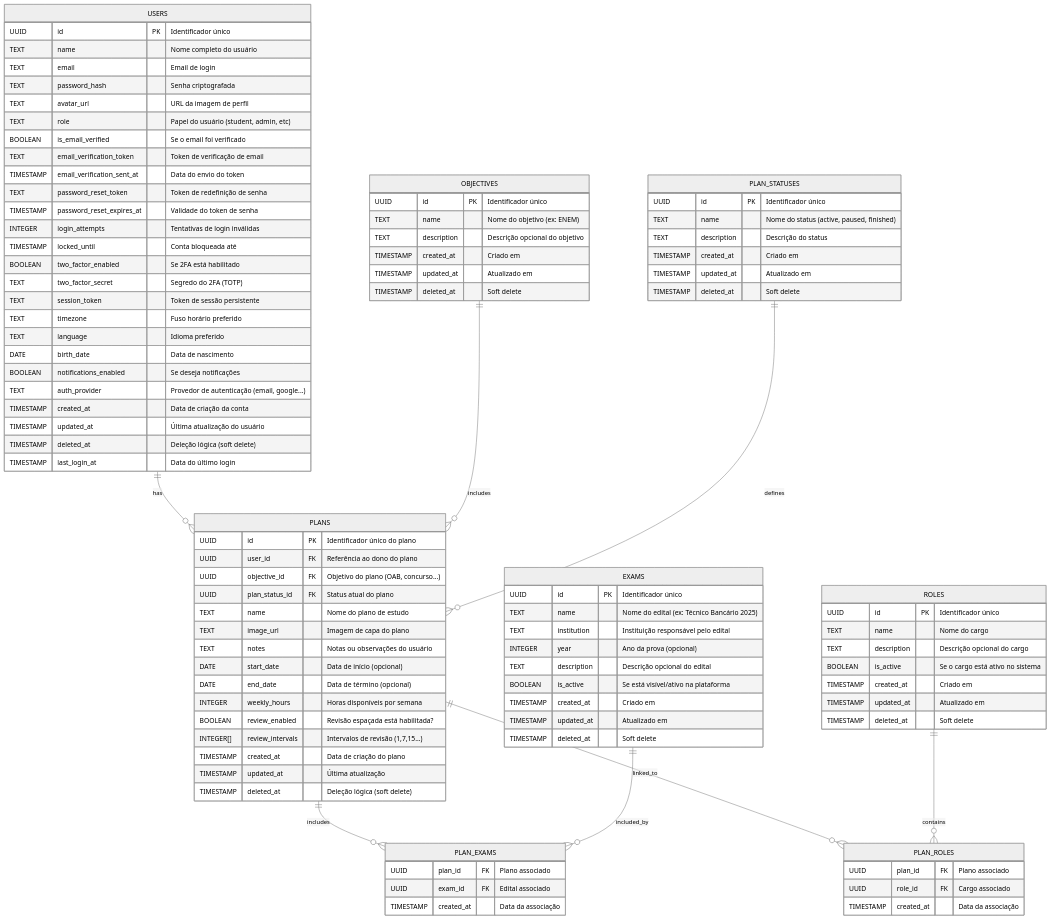
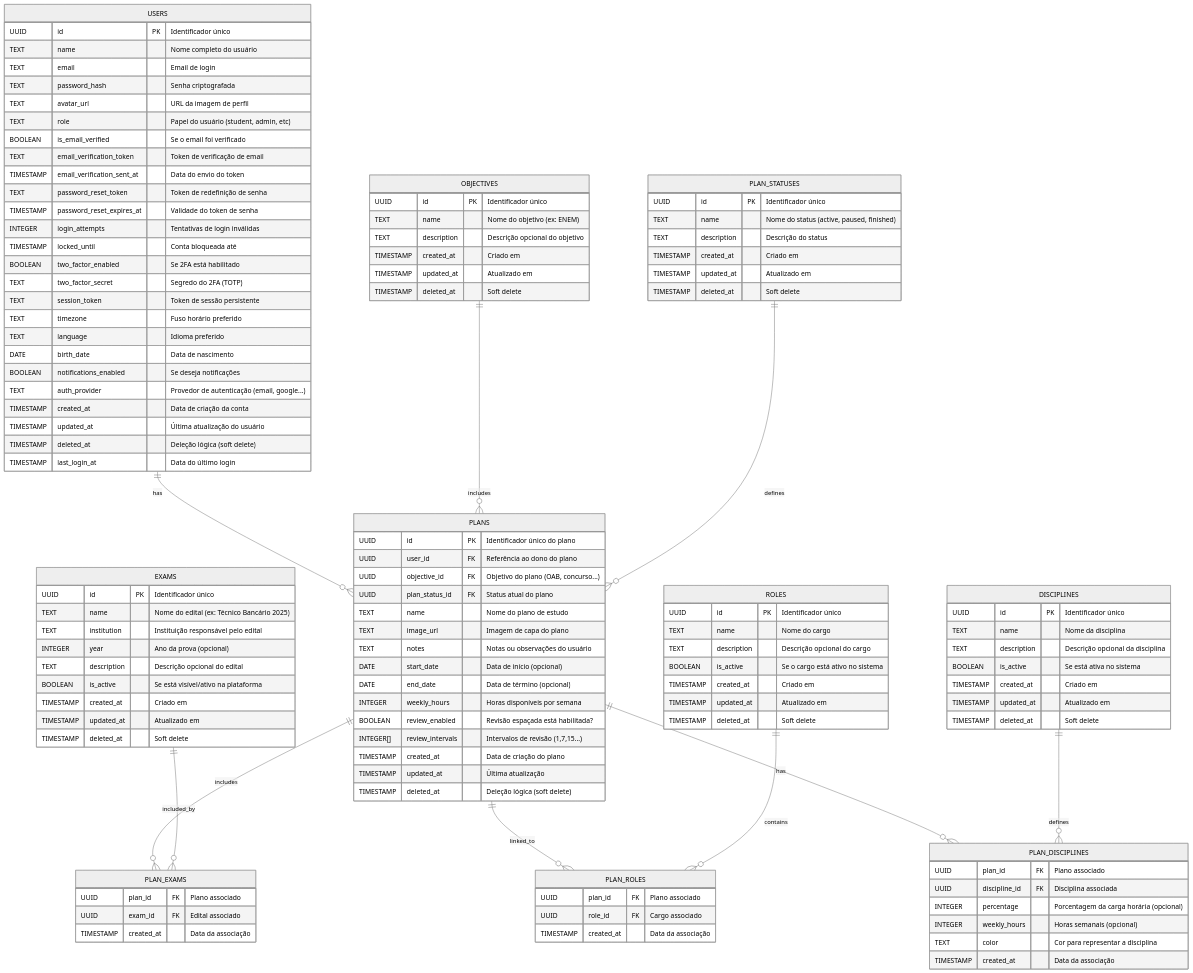
The diagram in README.md (felipesantoos/oestudador), drawn with Mermaid (neutral theme) before and after one commit.

Commit message:
Add DISCIPLINES and PLAN_DISCIPLINES

````diff
--- a/README.md
+++ b/README.md
@@ -7,6 +7,8 @@
     EXAMS ||--o{ PLAN_EXAMS : included_by
     PLANS ||--o{ PLAN_ROLES : linked_to
     ROLES ||--o{ PLAN_ROLES : contains
+    PLANS ||--o{ PLAN_DISCIPLINES : has
+    DISCIPLINES ||--o{ PLAN_DISCIPLINES : defines
 
     USERS {
         UUID id PK "Identificador único"
@@ -105,4 +107,23 @@
         UUID role_id FK "Cargo associado"
         TIMESTAMP created_at "Data da associação"
     }
+
+    DISCIPLINES {
+        UUID id PK "Identificador único"
+        TEXT name "Nome da disciplina"
+        TEXT description "Descrição opcional da disciplina"
+        BOOLEAN is_active "Se está ativa no sistema"
+        TIMESTAMP created_at "Criado em"
+        TIMESTAMP updated_at "Atualizado em"
+        TIMESTAMP deleted_at "Soft delete"
+    }
+
+    PLAN_DISCIPLINES {
+        UUID plan_id FK "Plano associado"
+        UUID discipline_id FK "Disciplina associada"
+        INTEGER percentage "Porcentagem da carga horária (opcional)"
+        INTEGER weekly_hours "Horas semanais (opcional)"
+        TEXT color "Cor para representar a disciplina"
+        TIMESTAMP created_at "Data da associação"
+    }
 ```
````
